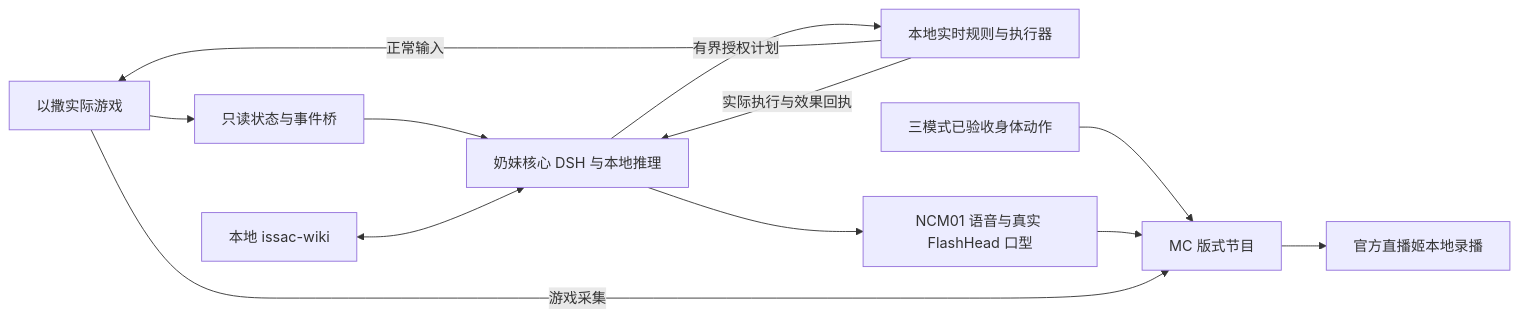
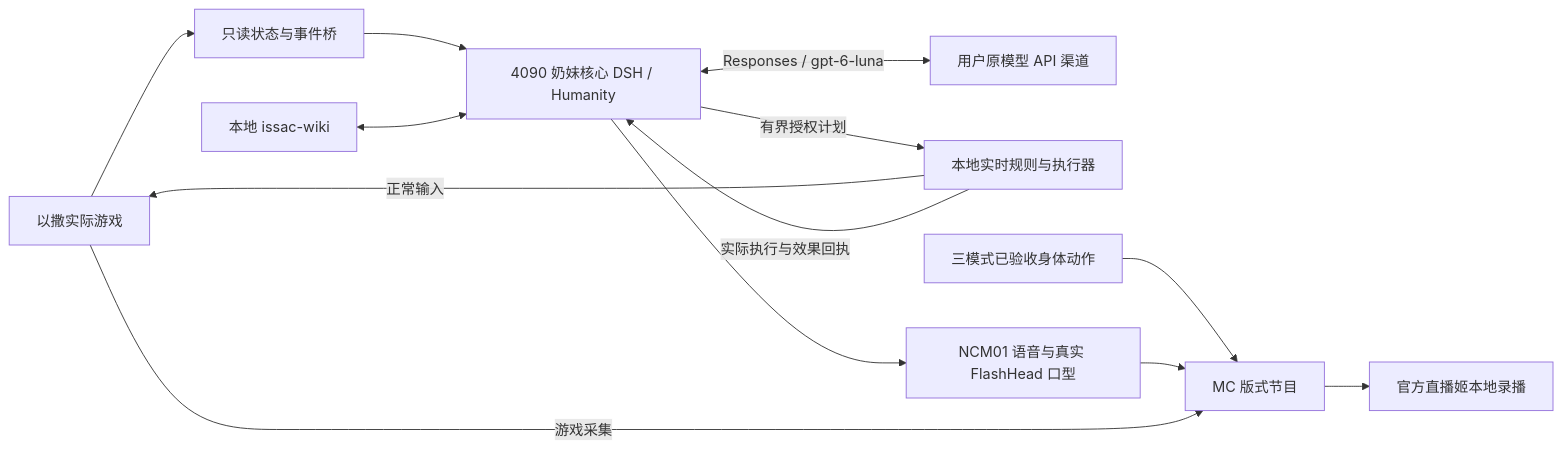
Before and after one commit to wikigsroom/Ai-Talk-Streamer: the diagram in docs/issac/最终总需求冻结20261109.md, drawn with Mermaid. The commit also changed other lines of this file and 88 other files, not shown here.

````diff
--- a/docs/issac/最终总需求冻结20261109.md
+++ b/docs/issac/最终总需求冻结20261109.md
@@ -392,14 +390,15 @@
 ```mermaid
 flowchart LR
   Game[以撒实际游戏] --> State[只读状态与事件桥]
-  State --> Core[奶妹核心 DSH 与本地推理]
+  State --> Core[4090 奶妹核心 DSH / Humanity]
+  Core <-->|Responses / gpt-6-luna| API[用户原模型 API 渠道]
   Wiki[本地 issac-wiki] <--> Core
   Core -->|有界授权计划| Rules[本地实时规则与执行器]
   Rules -->|正常输入| Game
   Rules -->|实际执行与效果回执| Core
   Core --> Speech[NCM01 语音与真实 FlashHead 口型]
   Body[三模式已验收身体动作] --> Programme[MC 版式节目]
   Speech --> Programme
   Game -->|游戏采集| Programme
   Programme --> Recorder[官方直播姬本地录播]
 ```
````
